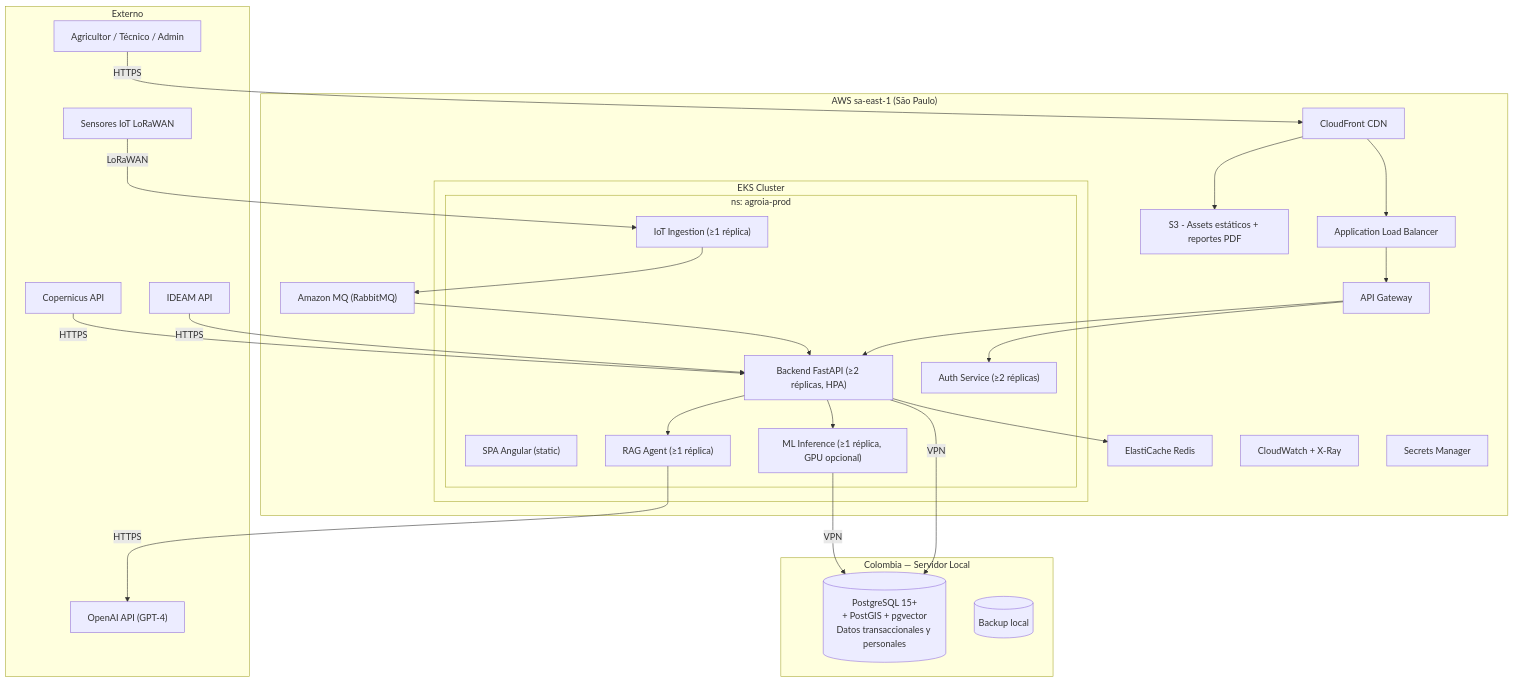
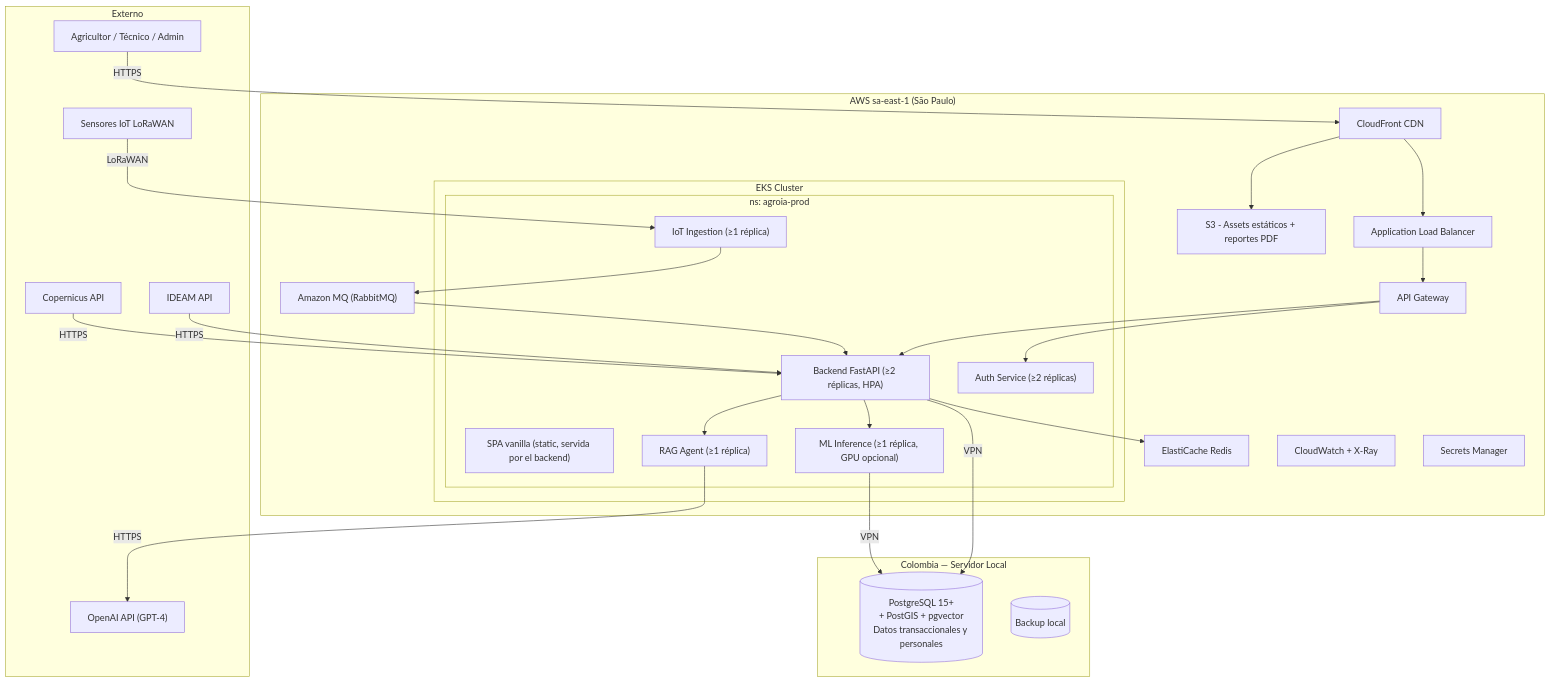
One commit to erick880709/Agro-ia changed the ninth of 9 diagrams in resources/architecture/Documento_Arquitectura_AgroIA.md. Above: the diagram before and after it, drawn with Mermaid. The commit also changed other lines of this file and 5 other files, not shown here.

Commit message:
docs: documentacion actualizada a v2.13 — funcional-tecnico (35 routers, 35 tablas, migraciones 001-035), pantallas v2.13, arquitectura con estado actual de implementacion (SPA vanilla, Render+Neon, modulos v4/operativo) y script de sincronizacion HTML desde el .md

````diff
--- a/resources/architecture/Documento_Arquitectura_AgroIA.md
+++ b/resources/architecture/Documento_Arquitectura_AgroIA.md
@@ -557,54 +699,54 @@
 ```mermaid
 graph TB
     subgraph "Colombia — Servidor Local"
         pg_local[("PostgreSQL 15+<br/>+ PostGIS + pgvector<br/>Datos transaccionales y personales")]
         backup_local[("Backup local")]
     end
 
     subgraph "AWS sa-east-1 (São Paulo)"
         subgraph "EKS Cluster"
             subgraph "ns: agroia-prod"
-                pod_spa["SPA Angular (static)"]
+                pod_spa["SPA vanilla (static, servida por el backend)"]
                 pod_backend["Backend FastAPI (≥2 réplicas, HPA)"]
                 pod_ml["ML Inference (≥1 réplica, GPU opcional)"]
                 pod_rag["RAG Agent (≥1 réplica)"]
                 pod_iot["IoT Ingestion (≥1 réplica)"]
                 pod_auth["Auth Service (≥2 réplicas)"]
             end
         end
         alb["Application Load Balancer"]
         api_gw["API Gateway"]
         cloudfront["CloudFront CDN"]
         s3_assets["S3 - Assets estáticos + reportes PDF"]
         elasticache["ElastiCache Redis"]
         rabbitmq["Amazon MQ (RabbitMQ)"]
         cloudwatch["CloudWatch + X-Ray"]
         secrets["Secrets Manager"]
     end
 
     subgraph "Externo"
         usuario["Agricultor / Técnico / Admin"]
         sensores["Sensores IoT LoRaWAN"]
         ideam["IDEAM API"]
         copernicus["Copernicus API"]
         openai["OpenAI API (GPT-4)"]
     end
 
     usuario -->|HTTPS| cloudfront
     cloudfront --> s3_assets
     cloudfront --> alb
     alb --> api_gw
     api_gw --> pod_backend
     api_gw --> pod_auth
     pod_backend --> pod_ml
     pod_backend --> pod_rag
     pod_backend --> elasticache
     pod_iot --> rabbitmq
     rabbitmq --> pod_backend
     sensores -->|LoRaWAN| pod_iot
     ideam -->|HTTPS| pod_backend
     copernicus -->|HTTPS| pod_backend
     pod_rag -->|HTTPS| openai
     pod_backend -->|VPN| pg_local
     pod_ml -->|VPN| pg_local
 ```
````
